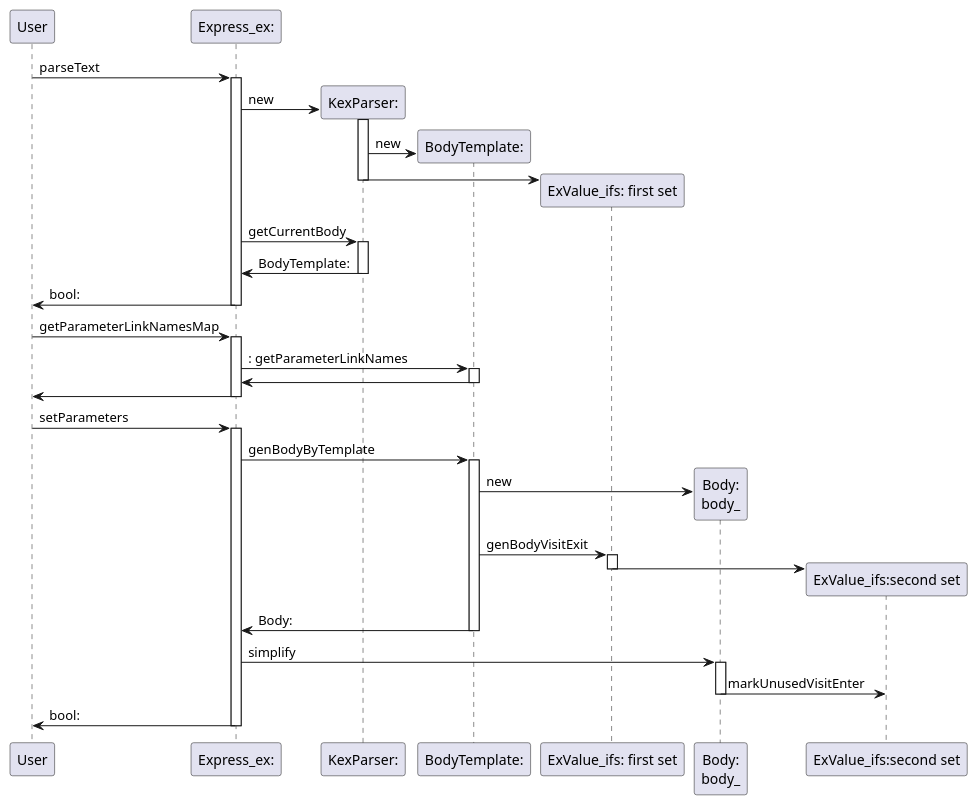
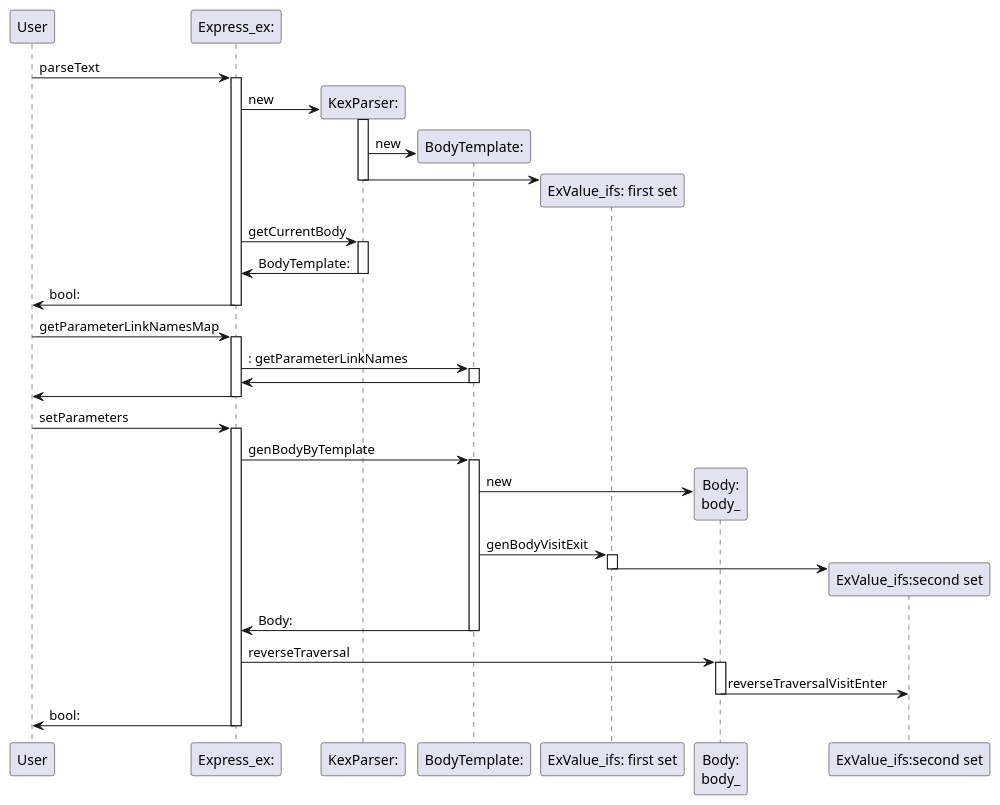
One commit to savvakonst/express_ex changed the diagram in doc/source/trash/code_gen_steps.puml. Above: the diagram before and after it, drawn with PlantUML. The commit also changed other lines of this file and 10 other files, not shown here.

```diff
--- a/doc/source/trash/code_gen_steps.puml
+++ b/doc/source/trash/code_gen_steps.puml
@@ -1,71 +3,71 @@
-@startuml
-User-> "Express_ex:": parseText
-activate "Express_ex:"
+    @startuml
+    User-> "Express_ex:": parseText
 
-    "Express_ex:" -> "KexParser:"**: new
-    activate "KexParser:"
+    activate "Express_ex:"
 
-        "KexParser:"  -> "BodyTemplate:" ** : new
-        "KexParser:" -> "ExValue_ifs: first set" ** :
+        "Express_ex:" -> "KexParser:"**: new
+        activate "KexParser:"
+
+            "KexParser:"  -> "BodyTemplate:" ** : new
+            "KexParser:" -> "ExValue_ifs: first set" ** :
+
+            deactivate "KexParser:"
+
+                "Express_ex:" -> "KexParser:":getCurrentBody
+
+            activate "KexParser:"
+
+            "KexParser:"->"Express_ex:":BodyTemplate:
 
         deactivate "KexParser:"
 
-            "Express_ex:" -> "KexParser:":getCurrentBody
+        "Express_ex:" -> User: bool:
+    deactivate "Express_ex:"
 
-        activate "KexParser:"
+    /'----------------------------------------'/
 
-        "KexParser:"->"Express_ex:":BodyTemplate:
+    User-> "Express_ex:": getParameterLinkNamesMap
 
-    deactivate "KexParser:"
+    activate "Express_ex:"
 
+        "Express_ex:" -> "BodyTemplate:":: getParameterLinkNames
 
-    "Express_ex:" -> User: bool:
+        activate "BodyTemplate:"
+            "BodyTemplate:"->"Express_ex:"
+        deactivate "BodyTemplate:"
 
-deactivate "Express_ex:"
+        "Express_ex:" -> User:
+    deactivate "Express_ex:"
 
-/'----------------------------------------'/
+    /'----------------------------------------'/
 
-User-> "Express_ex:": getParameterLinkNamesMap
-activate "Express_ex:"
+    User-> "Express_ex:": setParameters
+    activate "Express_ex:"
+        "Express_ex:"-> "BodyTemplate:" : genBodyByTemplate
+        activate "BodyTemplate:"
 
-    "Express_ex:" -> "BodyTemplate:":: getParameterLinkNames
-    activate "BodyTemplate:"
-        "BodyTemplate:"->"Express_ex:"
-    deactivate "BodyTemplate:"
+            "BodyTemplate:"-> "Body:\nbody_" ** : new
 
-    "Express_ex:" -> User:
-deactivate "Express_ex:"
+            "BodyTemplate:" -> "ExValue_ifs: first set": genBodyVisitExit
 
-/'----------------------------------------'/
+            activate "ExValue_ifs: first set"
+                "ExValue_ifs: first set" -> "ExValue_ifs:second set" **
+            deactivate "ExValue_ifs: first set"
 
-User-> "Express_ex:": setParameters
-activate "Express_ex:"
+            "BodyTemplate:"->"Express_ex:" : Body:
 
-    "Express_ex:"-> "BodyTemplate:" : genBodyByTemplate
+        deactivate "BodyTemplate:"
 
-    activate "BodyTemplate:"
+        "Express_ex:" -> "Body:\nbody_": reverseTraversal
 
-        "BodyTemplate:"-> "Body:\nbody_" ** : new
+        activate "Body:\nbody_"
 
-        "BodyTemplate:" -> "ExValue_ifs: first set": genBodyVisitExit
-        activate "ExValue_ifs: first set"
-            "ExValue_ifs: first set" -> "ExValue_ifs:second set" **
-        deactivate "ExValue_ifs: first set"
+            "Body:\nbody_" -> "ExValue_ifs:second set":reverseTraversalVisitEnter
 
-        "BodyTemplate:"->"Express_ex:" : Body:
+        deactivate "Body:\nbody_"
 
-    deactivate "BodyTemplate:"
+        "Express_ex:" -> User: bool:
 
-    "Express_ex:" -> "Body:\nbody_": simplify
+    deactivate "Express_ex:"
 
-    activate "Body:\nbody_"
-
-        "Body:\nbody_" -> "ExValue_ifs:second set":markUnusedVisitEnter
-
-    deactivate "Body:\nbody_"
-
-    "Express_ex:" -> User: bool:
-
-deactivate "Express_ex:"
-
-@enduml
+    @enduml
```
